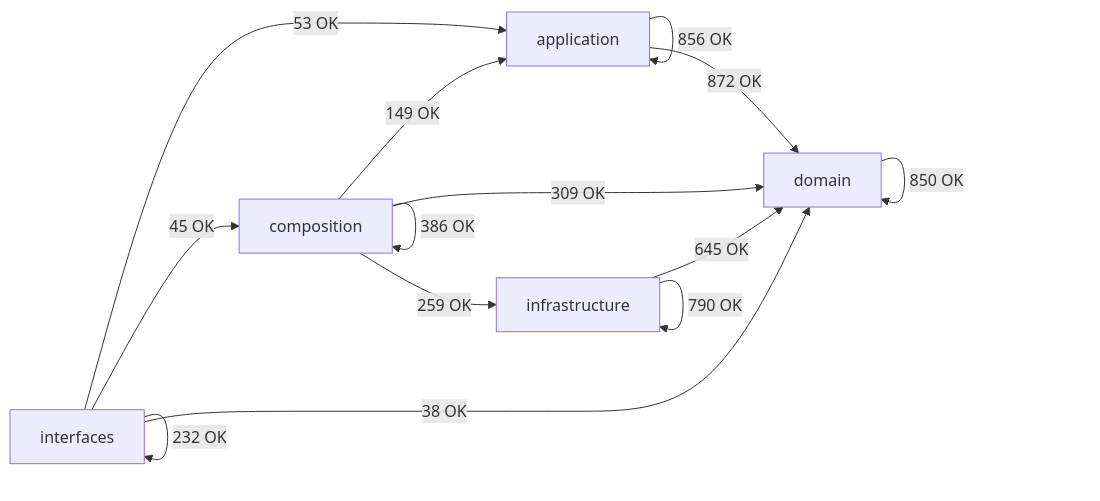
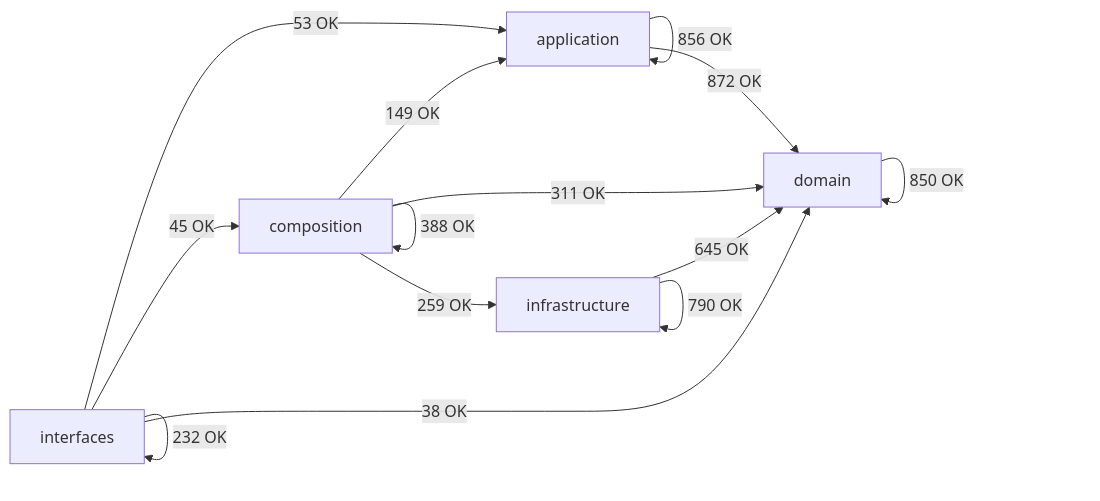
Before and after one commit to SatoryKono/BioactivityDataAcquisition: the diagram in docs/02-architecture/generated/module-dependency-map.md, drawn with Mermaid. The commit also changed other lines of this file and 8 other files, not shown here.

````diff
--- a/docs/02-architecture/generated/module-dependency-map.md
+++ b/docs/02-architecture/generated/module-dependency-map.md
@@ -17,21 +17,21 @@
 ```mermaid
 flowchart LR
     domain[domain]
     application[application]
     infrastructure[infrastructure]
     composition[composition]
     interfaces[interfaces]
     application -->|856 OK| application
     application -->|872 OK| domain
     composition -->|149 OK| application
-    composition -->|386 OK| composition
-    composition -->|309 OK| domain
+    composition -->|388 OK| composition
+    composition -->|311 OK| domain
     composition -->|259 OK| infrastructure
     domain -->|850 OK| domain
     infrastructure -->|645 OK| domain
     infrastructure -->|790 OK| infrastructure
     interfaces -->|53 OK| application
     interfaces -->|45 OK| composition
     interfaces -->|38 OK| domain
     interfaces -->|232 OK| interfaces
 ```
````
